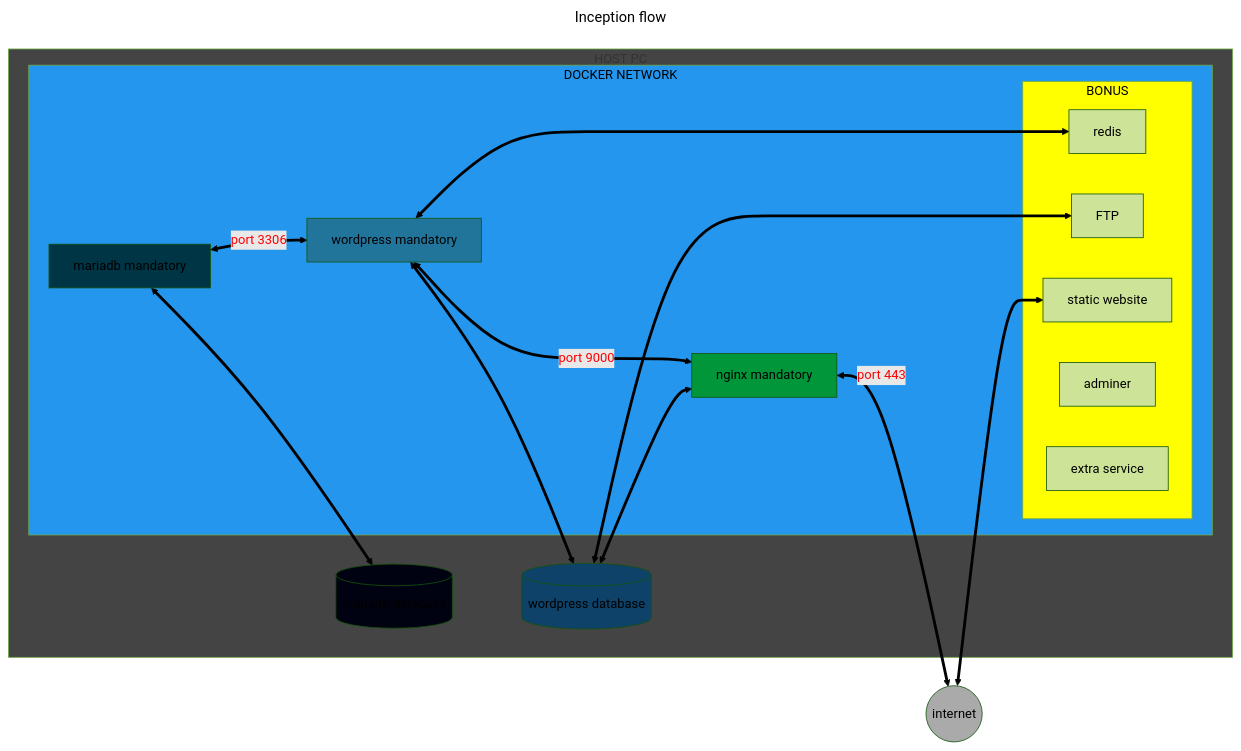
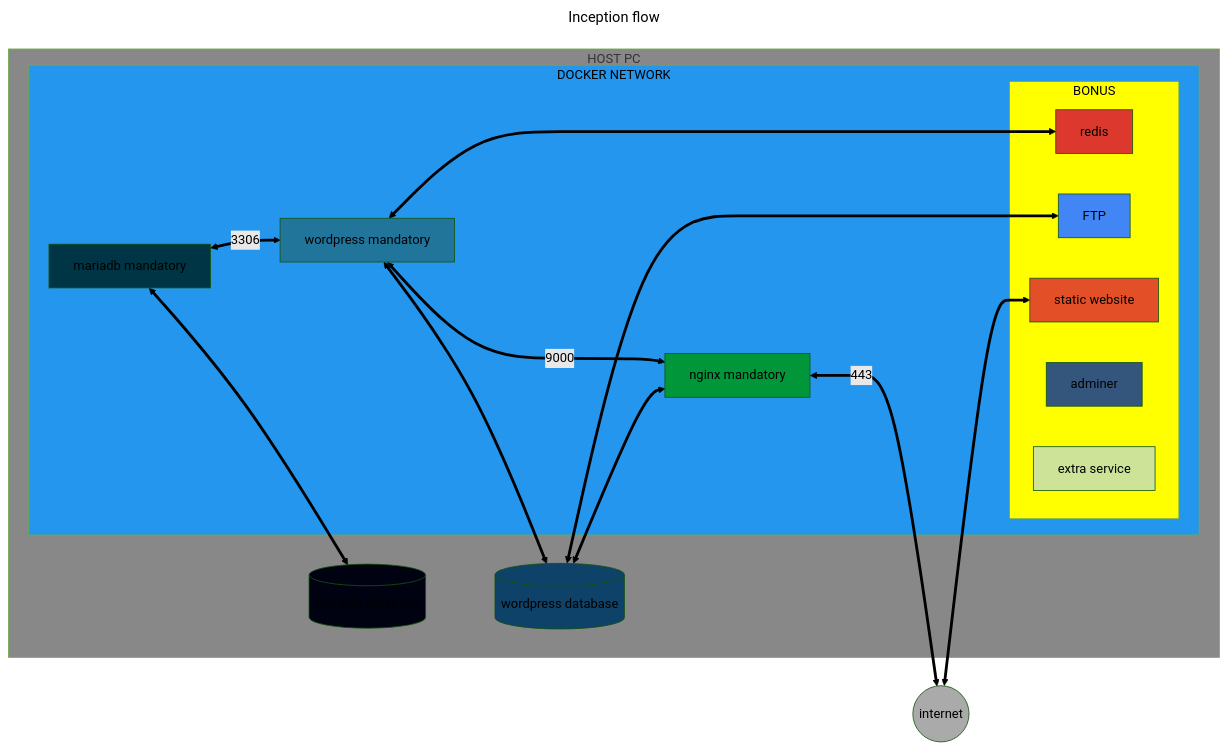
One commit to andreyvdl/42-Inception changed the diagram in README.md. Above: the diagram before and after it, drawn with Mermaid (forest theme).

Commit message:
M: more colors for mermaid flow

````diff
--- a/README.md
+++ b/README.md
@@ -13,54 +13,58 @@
 ```mermaid
 ---
 title: Inception flow
 ---
 
 %%{ init: { 'flowchart' : { 'curve': 'basis' } } }%%
 
 flowchart LR
 
 net(("internet"))
 nginxMan["nginx mandatory"]
 wpPHP["wordpress mandatory"]
 wpDB[("wordpress database")]
 mariaCont["mariadb mandatory"]
 mariaDB[("mariadb database")]
 redis["redis"]
 FTP["FTP"]
 STATIC["static website"]
 ADMINER["adminer"]
 EXTRA["extra service"]
 
-nginxMan <==port 443==> net
+nginxMan <==443===> net
 net <==> STATIC
 subgraph HP["HOST PC"]
   subgraph DN["DOCKER NETWORK"]
-    mariaCont <==port 3306==> wpPHP
-    wpPHP <==port 9000==> nginxMan
+    mariaCont <==3306==> wpPHP
+    wpPHP <==9000==> nginxMan
     wpPHP <==> redis
     subgraph B1["BONUS"]
       ADMINER
       redis
       FTP
       STATIC
       EXTRA
     end
   end
   mariaCont <==> mariaDB
   wpPHP <==> wpDB
   wpDB <==> nginxMan
   wpDB <==> FTP
 end
 
 
 style DN fill:#2496ED,color:#000
-style HP fill:#444444
+style HP fill:#888888
 style net fill:#aaaaaa,color:#000
 style nginxMan fill:#009639
 style wpPHP fill:#21759B
 style wpDB fill:#0E4268
 style mariaCont fill:#003545
 style mariaDB fill:#000212
+style redis fill:#DC382D
+style ADMINER fill:#34567C
+style FTP fill:#4285F4
+style STATIC fill:#E34F26
 style B1 fill:#FFFF00,color:#000
-linkStyle 0,2,3 color:#F00
+linkStyle 0,2,3 color:#000
 ```
````
